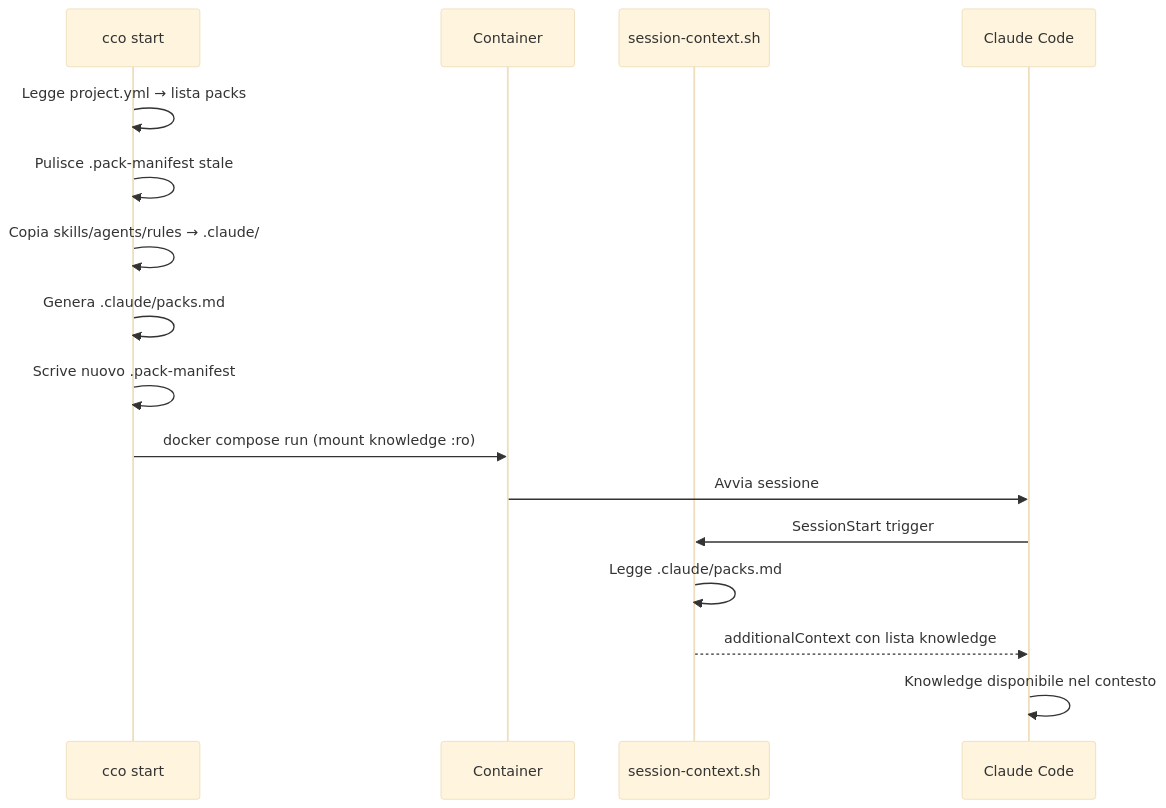
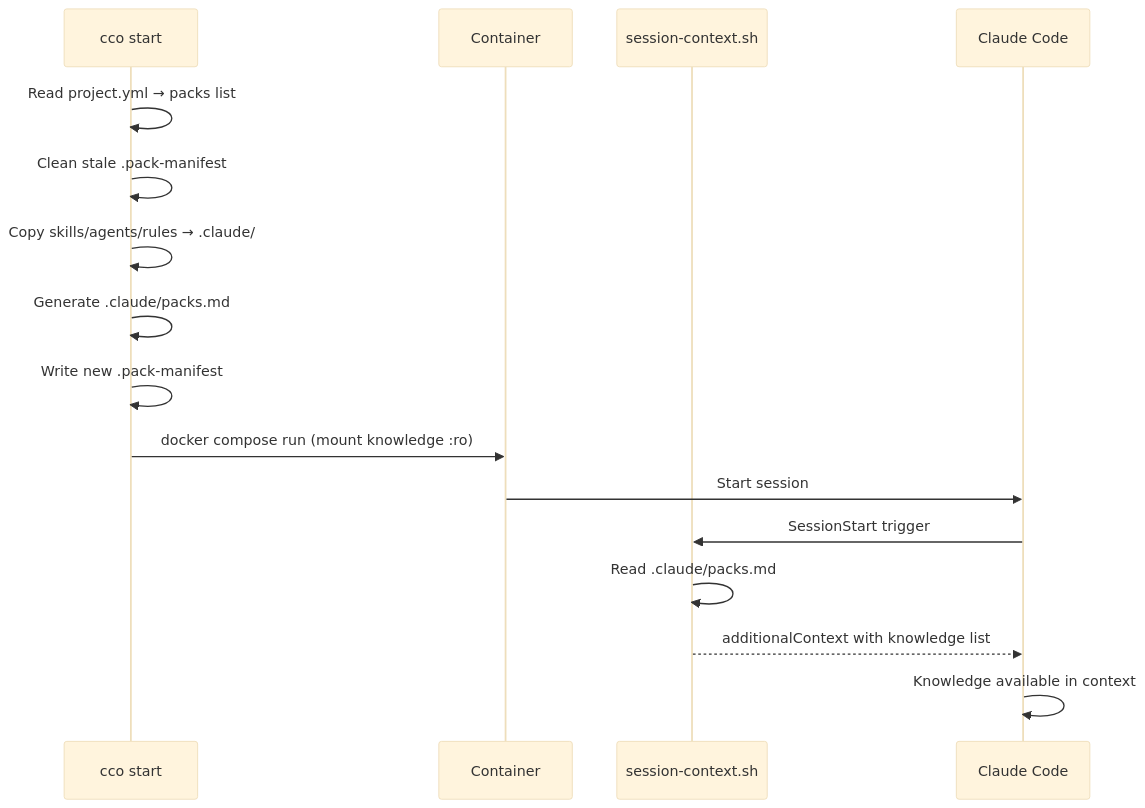
One commit to alergyonthestage/claude-orchestrator changed the diagram in docs/maintainer/packs/design.md. Above: the diagram before and after it, drawn with Mermaid (base theme). The commit also changed other lines of this file and 18 other files, not shown here.

````diff
--- a/docs/maintainer/packs/design.md
+++ b/docs/maintainer/packs/design.md
@@ -182,19 +182,19 @@
 ```mermaid
 sequenceDiagram
     participant CLI as cco start
     participant Docker as Container
     participant Hook as session-context.sh
     participant Claude as Claude Code
 
-    CLI->>CLI: Legge project.yml → lista packs
-    CLI->>CLI: Pulisce .pack-manifest stale
-    CLI->>CLI: Copia skills/agents/rules → .claude/
-    CLI->>CLI: Genera .claude/packs.md
-    CLI->>CLI: Scrive nuovo .pack-manifest
+    CLI->>CLI: Read project.yml → packs list
+    CLI->>CLI: Clean stale .pack-manifest
+    CLI->>CLI: Copy skills/agents/rules → .claude/
+    CLI->>CLI: Generate .claude/packs.md
+    CLI->>CLI: Write new .pack-manifest
     CLI->>Docker: docker compose run (mount knowledge :ro)
-    Docker->>Claude: Avvia sessione
+    Docker->>Claude: Start session
     Claude->>Hook: SessionStart trigger
-    Hook->>Hook: Legge .claude/packs.md
-    Hook-->>Claude: additionalContext con lista knowledge
-    Claude->>Claude: Knowledge disponibile nel contesto
+    Hook->>Hook: Read .claude/packs.md
+    Hook-->>Claude: additionalContext with knowledge list
+    Claude->>Claude: Knowledge available in context
 ```
````
